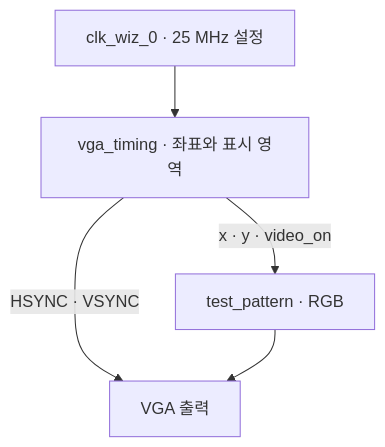
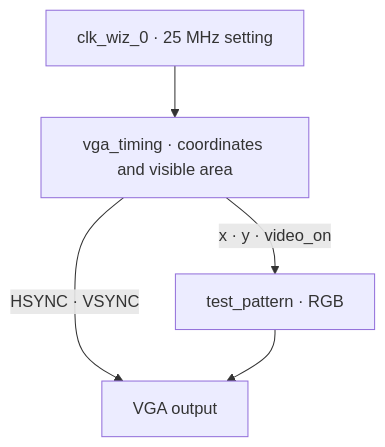
The diagram in README.md (devjwk/fpga-tetris), drawn with Mermaid before and after one commit. The commit also changed other lines of this file, not shown here.

Commit message:
Redesign README: visual header, key numbers, diagrams (English)

````diff
--- a/README.md
+++ b/README.md
@@ -77,7 +77,7 @@
 ```mermaid
 flowchart TD
-    C["clk_wiz_0 · 25 MHz 설정"] --> T["vga_timing · 좌표와 표시 영역"]
+    C["clk_wiz_0 · 25 MHz setting"] --> T["vga_timing · coordinates and visible area"]
     T -->|"x · y · video_on"| P["test_pattern · RGB"]
-    T -->|"HSYNC · VSYNC"| V["VGA 출력"]
+    T -->|"HSYNC · VSYNC"| V["VGA output"]
     P --> V
 ```
````
